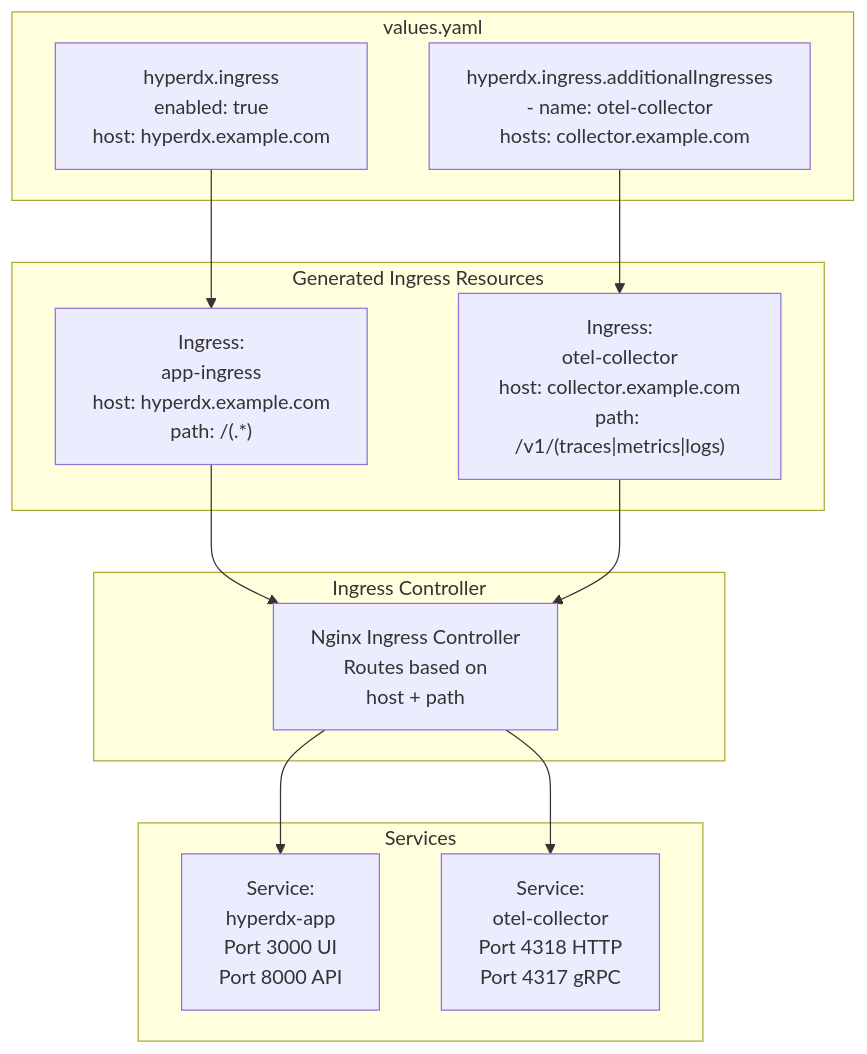
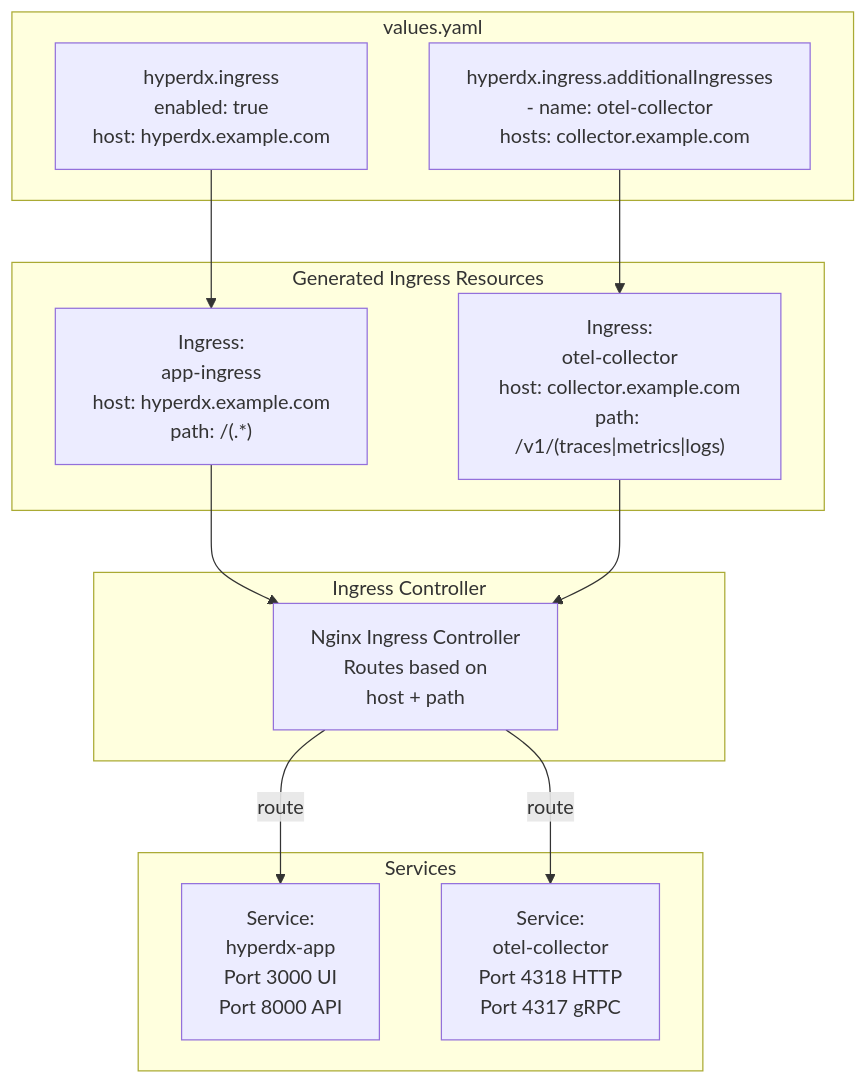
The fifth of 5 diagrams in docs/hyperdxio-helm-charts-docs/Configuration-Reference.md (openchoreo/openchoreo), drawn with Mermaid before and after one commit. The commit also changed other lines of this file and 85 other files, not shown here.

Commit message:
feat: Add new workflow and specification templates, update Helm chart dependencies, and clarify documentation diagrams.

````diff
--- a/docs/hyperdxio-helm-charts-docs/Configuration-Reference.md
+++ b/docs/hyperdxio-helm-charts-docs/Configuration-Reference.md
@@ -777,37 +777,37 @@
 ```mermaid
 flowchart TD
 
 MainIngress["hyperdx.ingress<br>enabled: true<br>host: hyperdx.example.com"]
 AdditionalIngresses["hyperdx.ingress.additionalIngresses<br>- name: otel-collector<br>  hosts: collector.example.com"]
 AppIngressRes["Ingress:<br>app-ingress<br>host: hyperdx.example.com<br>path: /(.*)"]
 OTELIngressRes["Ingress:<br>otel-collector<br>host: collector.example.com<br>path: /v1/(traces|metrics|logs)"]
 AppSvc["Service:<br>hyperdx-app<br>Port 3000 UI<br>Port 8000 API"]
 OTELSvc["Service:<br>otel-collector<br>Port 4318 HTTP<br>Port 4317 gRPC"]
 NginxController["Nginx Ingress Controller<br>Routes based on<br>host + path"]
 
 MainIngress --> AppIngressRes
 AdditionalIngresses --> OTELIngressRes
 AppIngressRes --> NginxController
 OTELIngressRes --> NginxController
-NginxController --> AppSvc
-NginxController --> OTELSvc
+NginxController -->|"route"| AppSvc
+NginxController -->|"route"| OTELSvc
 
 subgraph subGraph3 ["Ingress Controller"]
     NginxController
 end
 
 subgraph Services ["Services"]
     AppSvc
     OTELSvc
 end
 
 subgraph subGraph1 ["Generated Ingress Resources"]
     AppIngressRes
     OTELIngressRes
 end
 
 subgraph values.yaml ["values.yaml"]
     MainIngress
     AdditionalIngresses
 end
 ```
````
